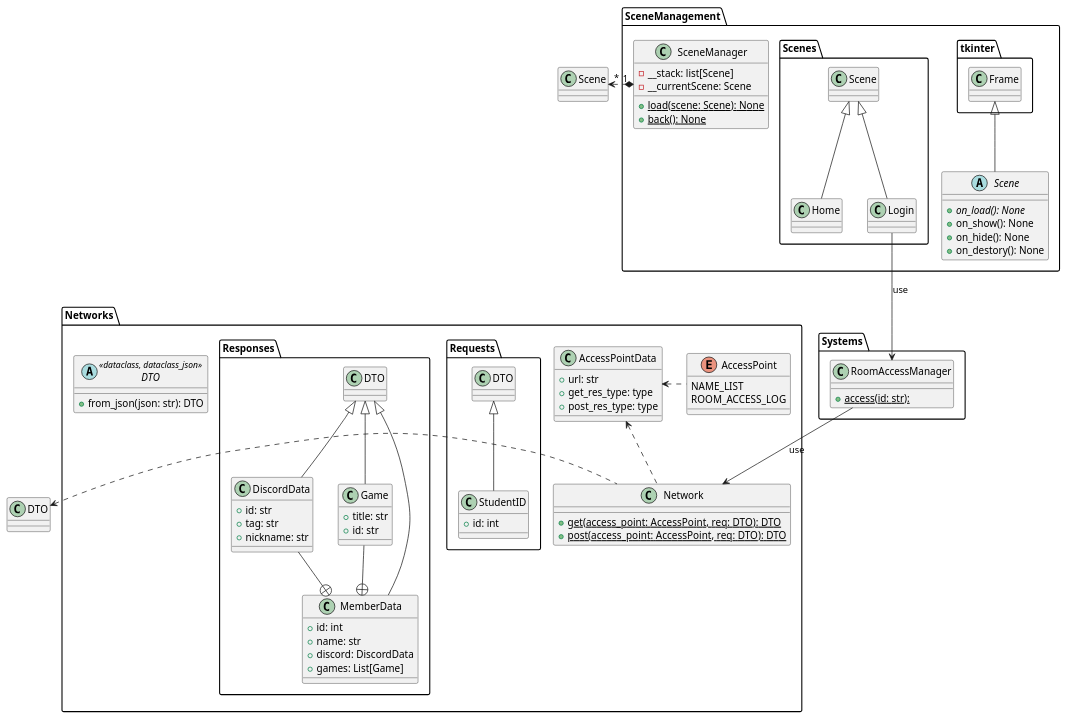
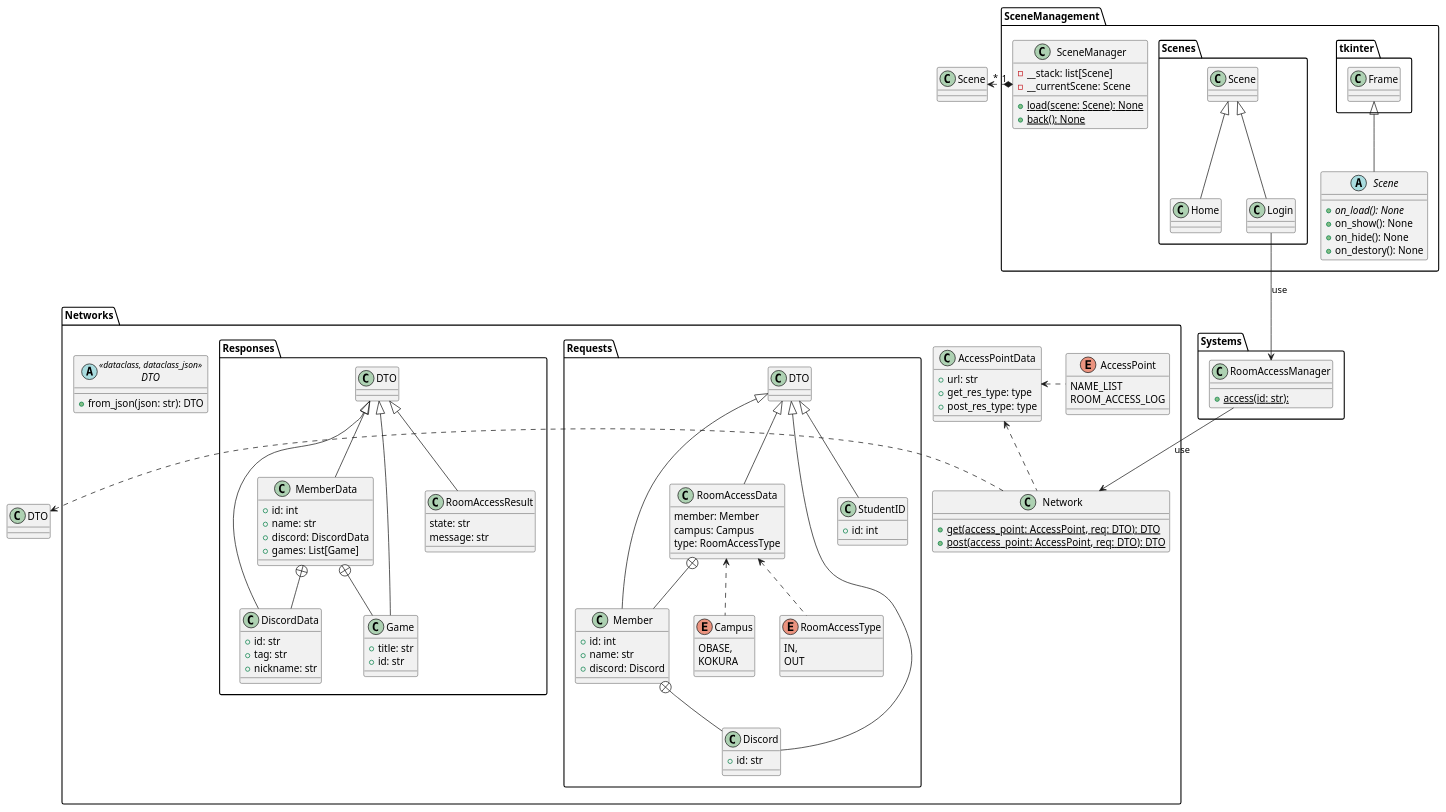
Before and after one commit to nmskm240/NITeRAS: the diagram in UMLs/Class Diagrams/All.pu, drawn with PlantUML. The commit also changed 2 other files, not shown here.

Commit message:
uml update

```diff
--- a/UMLs/Class Diagrams/All.pu
+++ b/UMLs/Class Diagrams/All.pu
@@ -1,106 +1,147 @@
 @startuml AllClass
 
 package Networks
 {
     enum AccessPoint
     {
         NAME_LIST
         ROOM_ACCESS_LOG
     }
 
     class AccessPointData
     {
         +url: str
         +get_res_type: type
         +post_res_type: type
     }
 
     abstract DTO<<dataclass, dataclass_json>>
     {
         +from_json(json: str): DTO
     }
 
     class Network
     {
         +{static}get(access_point: AccessPoint, req: DTO): DTO
         +{static}post(access_point: AccessPoint, req: DTO): DTO
     }
 
     package Requests
     {
+        enum Campus
+        {
+            OBASE,
+            KOKURA
+        }
+
+        enum RoomAccessType
+        {
+            IN,
+            OUT
+        }
+
+        class Discord extends DTO
+        {
+            +id: str
+        }
+
+        class Member extends DTO
+        {
+            +id: int
+            +name: str
+            +discord: Discord
+        }
+
+        class RoomAccessData extends DTO
+        {
+            member: Member
+            campus: Campus
+            type: RoomAccessType
+        }
+
         class StudentID extends DTO
         {
             +id: int
         }
     }
 
     package Responses
     {
         class DiscordData extends DTO
         {
             +id: str
             +tag: str
             +nickname: str
         }
 
         class Game extends DTO
         {
             +title: str
             +id: str
         }
 
         class MemberData extends DTO
         {
             +id: int
             +name: str
             +discord: DiscordData
             +games: List[Game]
+        }
+
+        class RoomAccessResult extends DTO
+        {
+            state: str
+            message: str
         }
     }
 }
 
 package SceneManagement
 {
     class SceneManager
     {
         -__stack: list[Scene]
         -__currentScene: Scene
         +{static}load(scene: Scene): None
         +{static}back(): None
     }
 
     abstract Scene extends tkinter.Frame
     {
         +{abstract}on_load(): None
         +on_show(): None
         +on_hide(): None
         +on_destory(): None
     }
 
     package Scenes
     {
         class Home extends Scene
         class Login extends Scene
     }
 }
 package Systems
 {
     class RoomAccessManager
     {
         +{static}access(id: str): 
     }
 }
 
 Network .left.> DTO
 Network .up.> AccessPointData
 AccessPoint .left.> AccessPointData
+RoomAccessType .up.> RoomAccessData
+Campus .up.> RoomAccessData
 
 SceneManager "1" *.left.> "*" Scene
 
-Game --+ MemberData
-DiscordData --+ MemberData
+Game -up-+ MemberData
+DiscordData -up-+ MemberData
+Member -up-+ RoomAccessData
+Discord -up-+ Member
 
 Login --> RoomAccessManager : use
 RoomAccessManager --> Network : use
 
 @enduml
```
